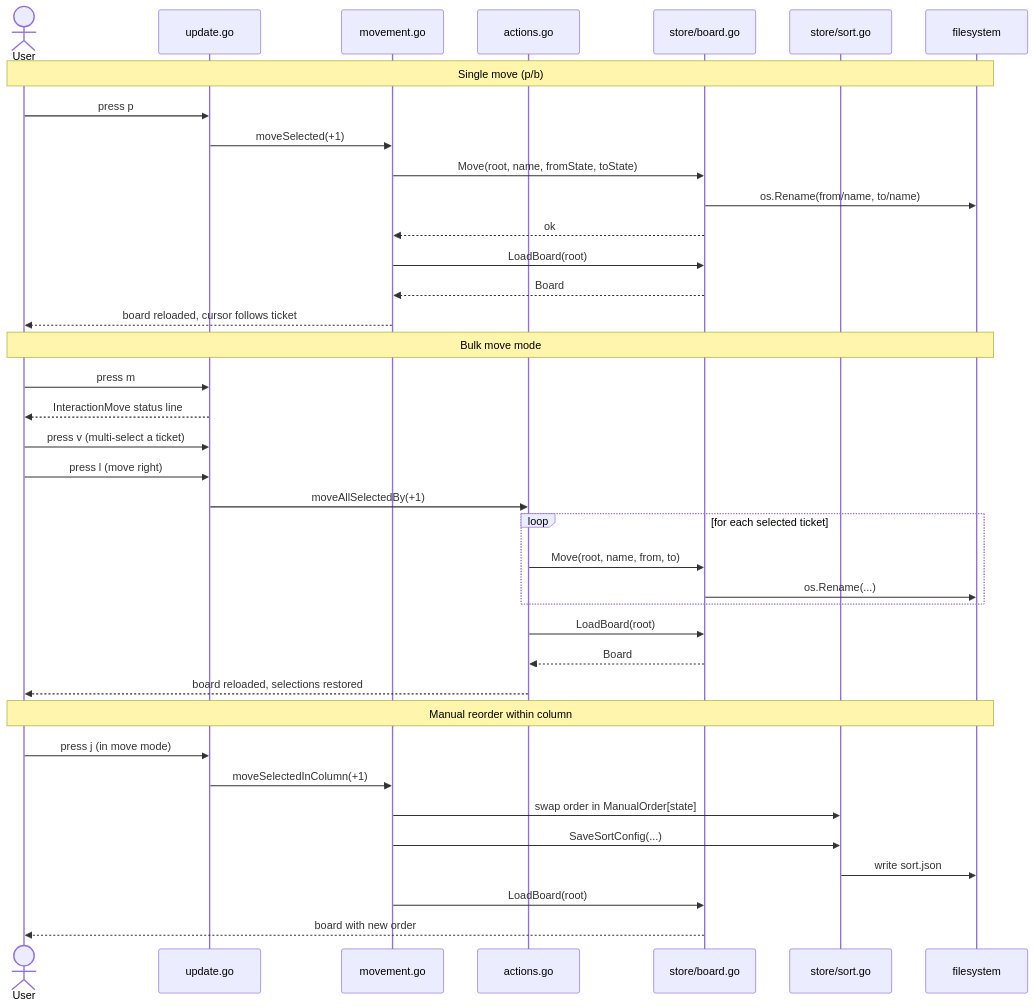
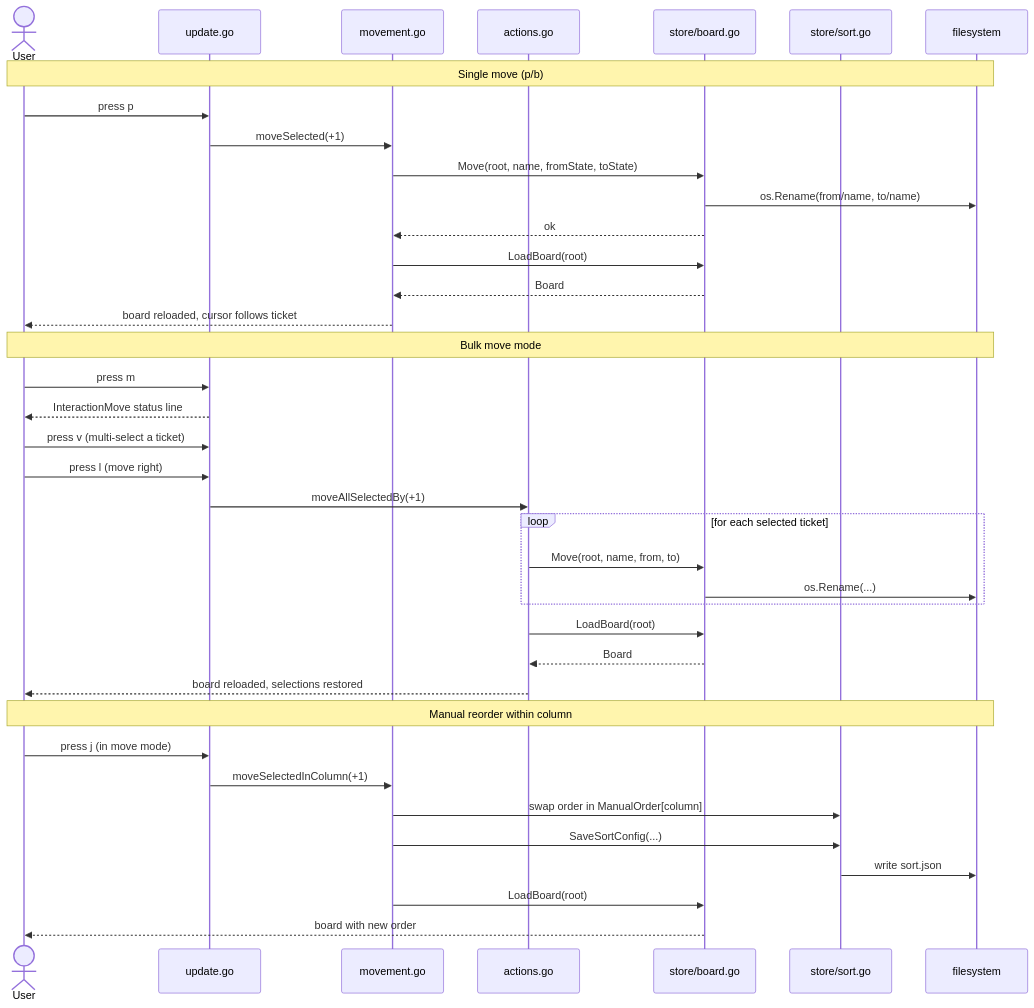
Before and after one commit to dawidsok/tickcats: the third of 3 diagrams in docs/flows/move-ticket.md, drawn with Mermaid. The commit also changed other lines of this file and 29 other files, not shown here.

````diff
--- a/docs/flows/move-ticket.md
+++ b/docs/flows/move-ticket.md
@@ -74,44 +74,44 @@
 ```mermaid
 sequenceDiagram
     actor User
     participant Update as update.go
     participant Movement as movement.go
     participant Actions as actions.go
     participant Store as store/board.go
     participant Sort as store/sort.go
     participant FS as filesystem
 
     Note over User,FS: Single move (p/b)
     User->>Update: press p
     Update->>Movement: moveSelected(+1)
     Movement->>Store: Move(root, name, fromState, toState)
     Store->>FS: os.Rename(from/name, to/name)
     Store-->>Movement: ok
     Movement->>Store: LoadBoard(root)
     Store-->>Movement: Board
     Movement-->>User: board reloaded, cursor follows ticket
 
     Note over User,FS: Bulk move mode
     User->>Update: press m
     Update-->>User: InteractionMove status line
 
     User->>Update: press v (multi-select a ticket)
     User->>Update: press l (move right)
     Update->>Actions: moveAllSelectedBy(+1)
     loop for each selected ticket
         Actions->>Store: Move(root, name, from, to)
         Store->>FS: os.Rename(...)
     end
     Actions->>Store: LoadBoard(root)
     Store-->>Actions: Board
     Actions-->>User: board reloaded, selections restored
 
     Note over User,FS: Manual reorder within column
     User->>Update: press j (in move mode)
     Update->>Movement: moveSelectedInColumn(+1)
-    Movement->>Sort: swap order in ManualOrder[state]
+    Movement->>Sort: swap order in ManualOrder[column]
     Movement->>Sort: SaveSortConfig(...)
     Sort->>FS: write sort.json
     Movement->>Store: LoadBoard(root)
     Store-->>User: board with new order
 ```
````
